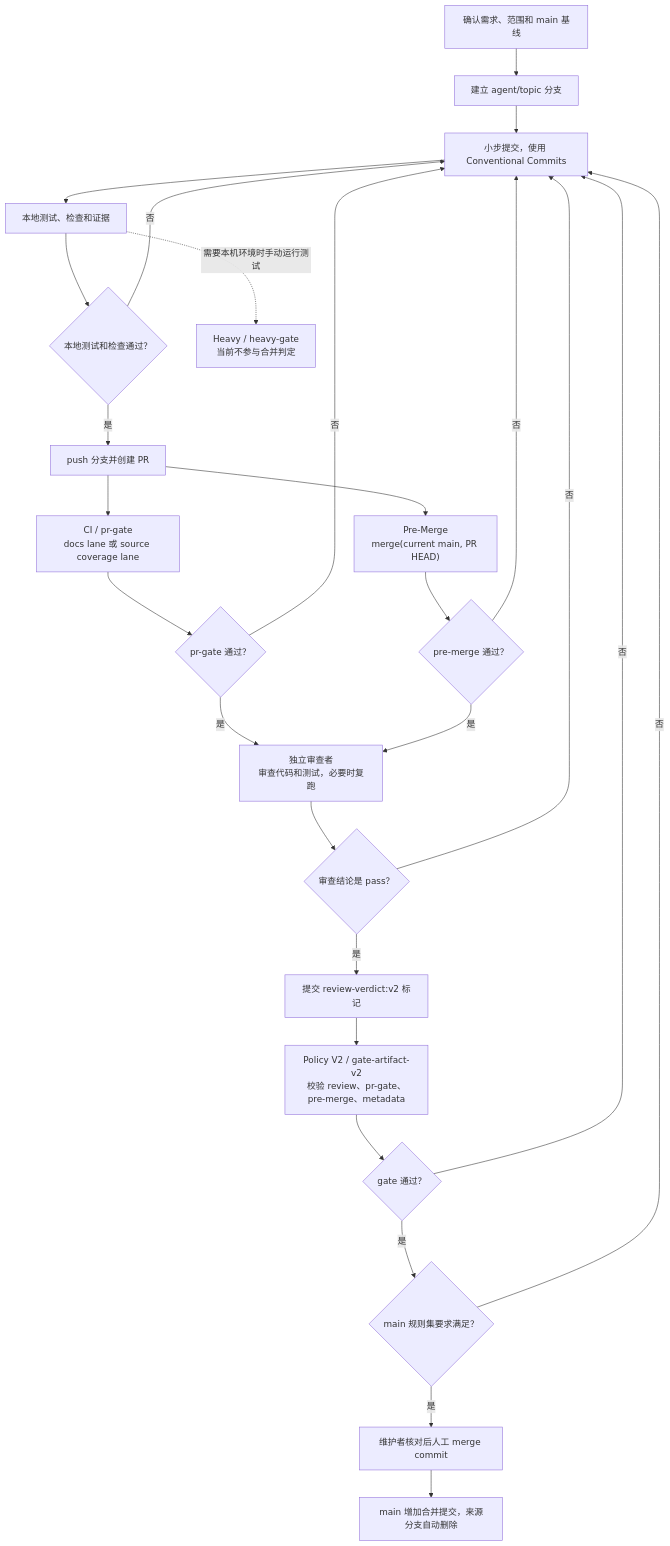
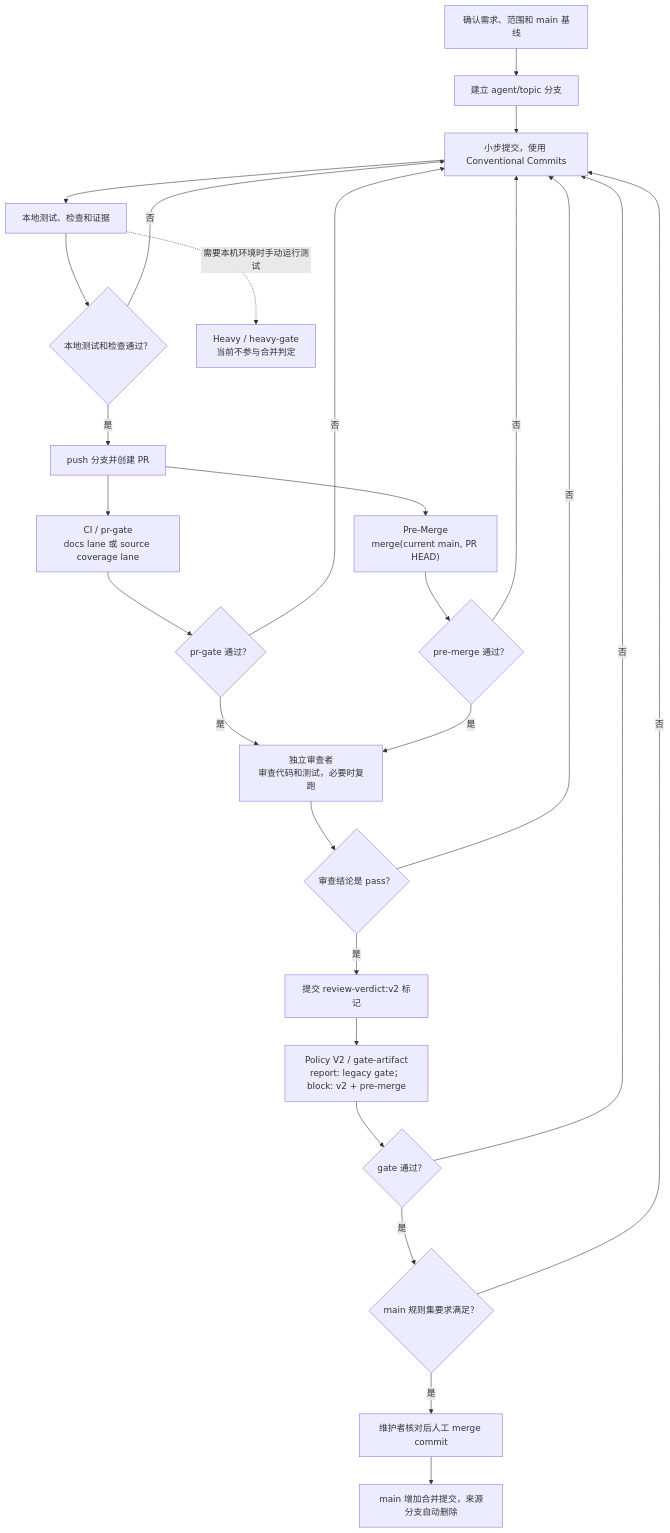
Before and after one commit to leigangzhang/dsh-cowork: the first of 4 diagrams in docs/github-workflow.md, drawn with Mermaid. The commit also changed other lines of this file and 12 other files, not shown here.

First line of the commit message:
refactor(policy): make gate-artifact the single required publisher

````diff
--- a/docs/github-workflow.md
+++ b/docs/github-workflow.md
@@ -41,29 +41,29 @@
 ```mermaid
 flowchart TD
   A["确认需求、范围和 main 基线"] --> B["建立 agent/topic 分支"]
   B --> C["小步提交，使用 Conventional Commits"]
   C --> D["本地测试、检查和证据"]
   D --> E{"本地测试和检查通过？"}
   E -- 否 --> C
   E -- 是 --> F["push 分支并创建 PR"]
   F --> G["CI / pr-gate<br/>docs lane 或 source coverage lane"]
   F --> P["Pre-Merge<br/>merge(current main, PR HEAD)"]
   G --> H{"pr-gate 通过？"}
   P --> Q{"pre-merge 通过？"}
   H -- 否 --> C
   Q -- 否 --> C
   H -- 是 --> I["独立审查者<br/>审查代码和测试，必要时复跑"]
   Q -- 是 --> I
   I --> J{"审查结论是 pass？"}
   J -- 否 --> C
   J -- 是 --> K["提交 review-verdict:v2 标记"]
-  K --> L["Policy V2 / gate-artifact-v2<br/>校验 review、pr-gate、pre-merge、metadata"]
+  K --> L["Policy V2 / gate-artifact<br/>report: legacy gate；block: v2 + pre-merge"]
   L --> M{"gate 通过？"}
   M -- 否 --> C
   M -- 是 --> N{"main 规则集要求满足？"}
   N -- 否 --> C
   N -- 是 --> O["维护者核对后人工 merge commit"]
   O --> R["main 增加合并提交，来源分支自动删除"]
 
   D -. 需要本机环境时手动运行测试 .-> X["Heavy / heavy-gate<br/>当前不参与合并判定"]
 ```
````
